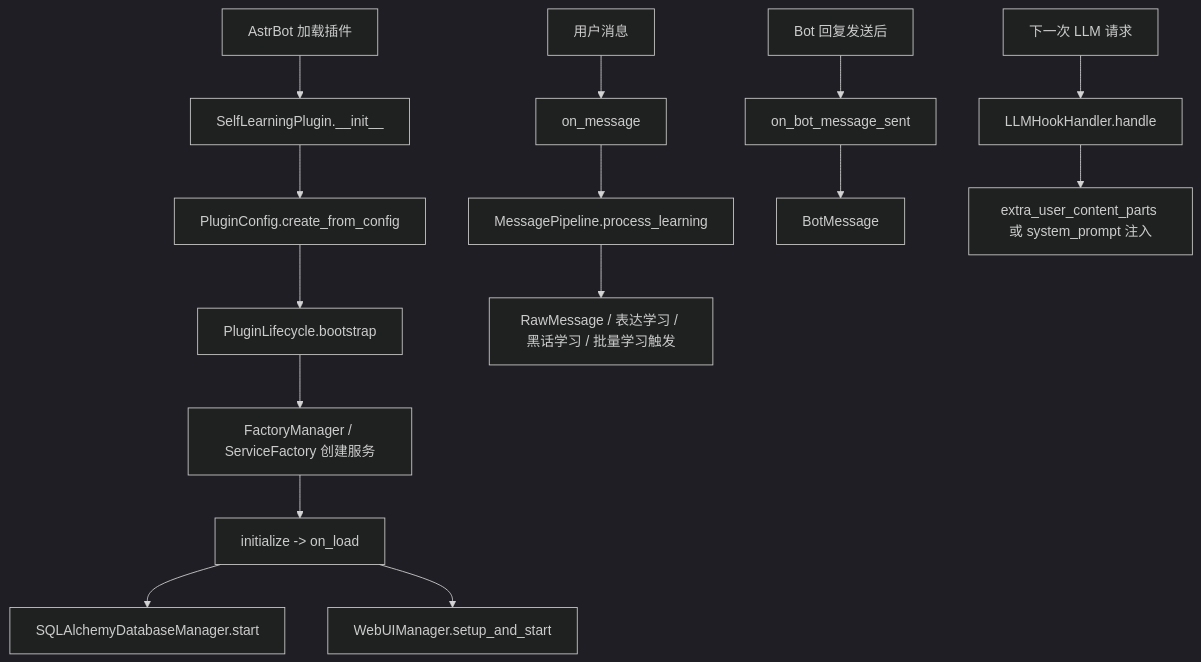
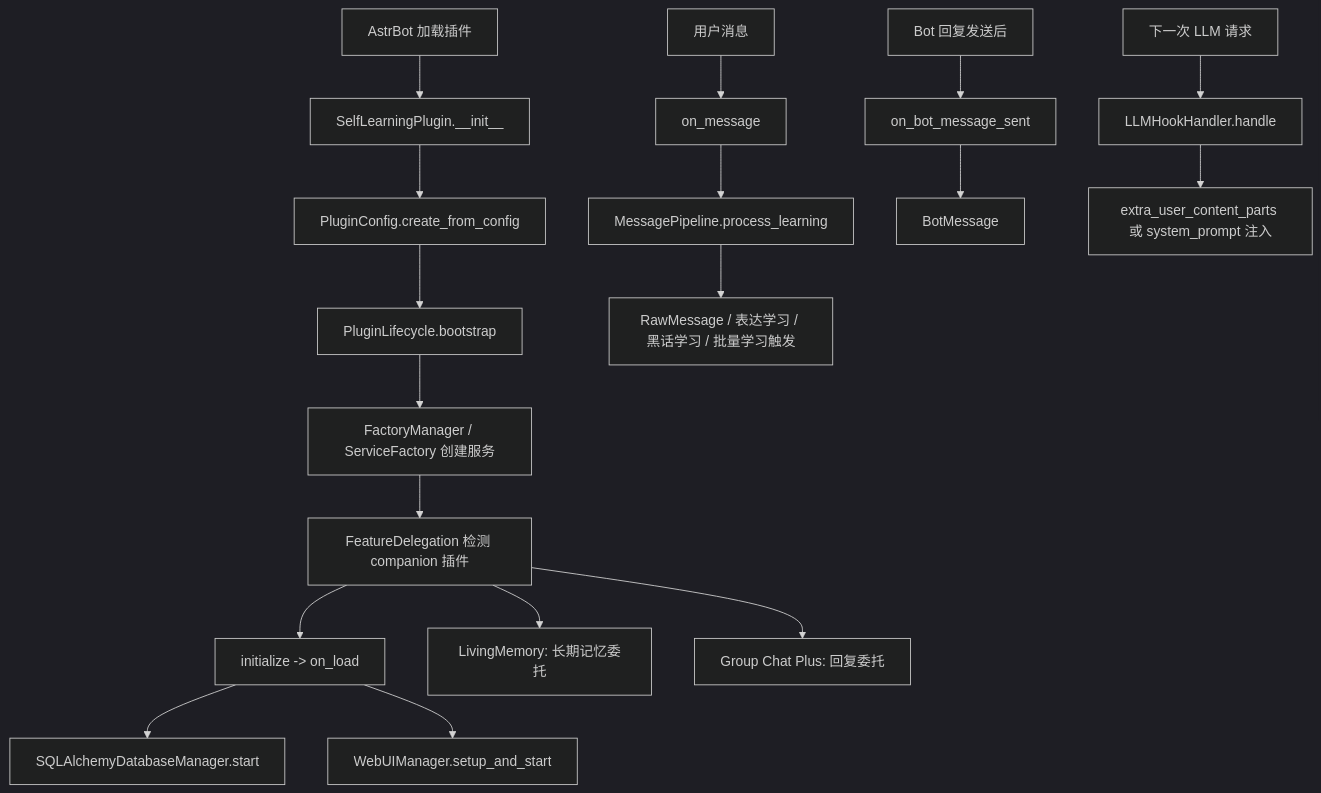
Before and after one commit to NickCharlie/astrbot_plugin_self_learning: the diagram in docs/README.md, drawn with Mermaid (dark theme). The commit also changed other lines of this file and 8 other files, not shown here.

````diff
--- a/docs/README.md
+++ b/docs/README.md
@@ -52,17 +57,20 @@
 ```mermaid
 flowchart TD
     A["AstrBot 加载插件"] --> B["SelfLearningPlugin.__init__"]
     B --> C["PluginConfig.create_from_config"]
     C --> D["PluginLifecycle.bootstrap"]
     D --> E["FactoryManager / ServiceFactory 创建服务"]
-    E --> F["initialize -> on_load"]
+    E --> FD["FeatureDelegation 检测 companion 插件"]
+    FD --> F["initialize -> on_load"]
     F --> G["SQLAlchemyDatabaseManager.start"]
     F --> H["WebUIManager.setup_and_start"]
     I["用户消息"] --> J["on_message"]
     J --> K["MessagePipeline.process_learning"]
     K --> L["RawMessage / 表达学习 / 黑话学习 / 批量学习触发"]
     M["Bot 回复发送后"] --> N["on_bot_message_sent"]
     N --> O["BotMessage"]
     P["下一次 LLM 请求"] --> Q["LLMHookHandler.handle"]
     Q --> R["extra_user_content_parts 或 system_prompt 注入"]
+    FD --> S["LivingMemory: 长期记忆委托"]
+    FD --> T["Group Chat Plus: 回复委托"]
 ```
````
